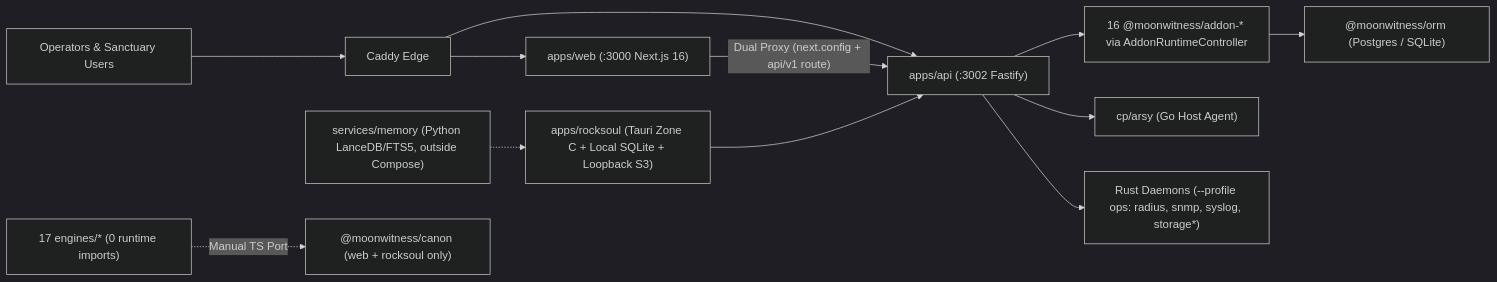
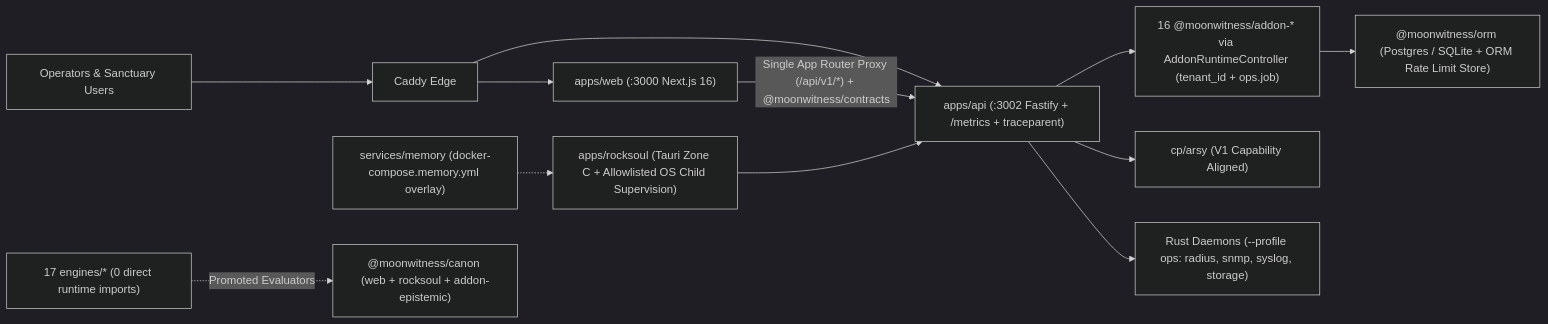
The diagram in docs/architecture/PLATFORM-ARCHITECTURE-AUDIT.md (A-L-L-A-H/moonwitness), drawn with Mermaid (dark theme) before and after one commit. The commit also changed other lines of this file and 8 other files, not shown here.

Commit message:
docs(architecture): sync post-implementation matrices and roadmap

````diff
--- a/docs/architecture/PLATFORM-ARCHITECTURE-AUDIT.md
+++ b/docs/architecture/PLATFORM-ARCHITECTURE-AUDIT.md
@@ -30,14 +30,14 @@
 ```mermaid
 flowchart LR
   Users["Operators & Sanctuary Users"] --> Caddy["Caddy Edge"]
   Caddy --> Web["apps/web (:3000 Next.js 16)"]
-  Caddy --> API["apps/api (:3002 Fastify)"]
-  Web -->|"Dual Proxy (next.config + api/v1 route)"| API
-  API --> Addons["16 @moonwitness/addon-* via AddonRuntimeController"]
-  Addons --> ORM["@moonwitness/orm (Postgres / SQLite)"]
-  API --> ARSY["cp/arsy (Go Host Agent)"]
-  API --> Daemons["Rust Daemons (--profile ops: radius, snmp, syslog, storage*)"]
-  RS["apps/rocksoul (Tauri Zone C + Local SQLite + Loopback S3)"] --> API
-  Mem["services/memory (Python LanceDB/FTS5, outside Compose)"] -.-> RS
-  Eng["17 engines/* (0 runtime imports)"] -.->|"Manual TS Port"| Canon["@moonwitness/canon (web + rocksoul only)"]
+  Caddy --> API["apps/api (:3002 Fastify + /metrics + traceparent)"]
+  Web -->|"Single App Router Proxy (/api/v1/*) + @moonwitness/contracts"| API
+  API --> Addons["16 @moonwitness/addon-* via AddonRuntimeController (tenant_id + ops.job)"]
+  Addons --> ORM["@moonwitness/orm (Postgres / SQLite + ORM Rate Limit Store)"]
+  API --> ARSY["cp/arsy (V1 Capability Aligned)"]
+  API --> Daemons["Rust Daemons (--profile ops: radius, snmp, syslog, storage)"]
+  RS["apps/rocksoul (Tauri Zone C + Allowlisted OS Child Supervision)"] --> API
+  Mem["services/memory (docker-compose.memory.yml overlay)"] -.-> RS
+  Eng["17 engines/* (0 direct runtime imports)"] -.->|"Promoted Evaluators"| Canon["@moonwitness/canon (web + rocksoul + addon-epistemic)"]
 ```
````
